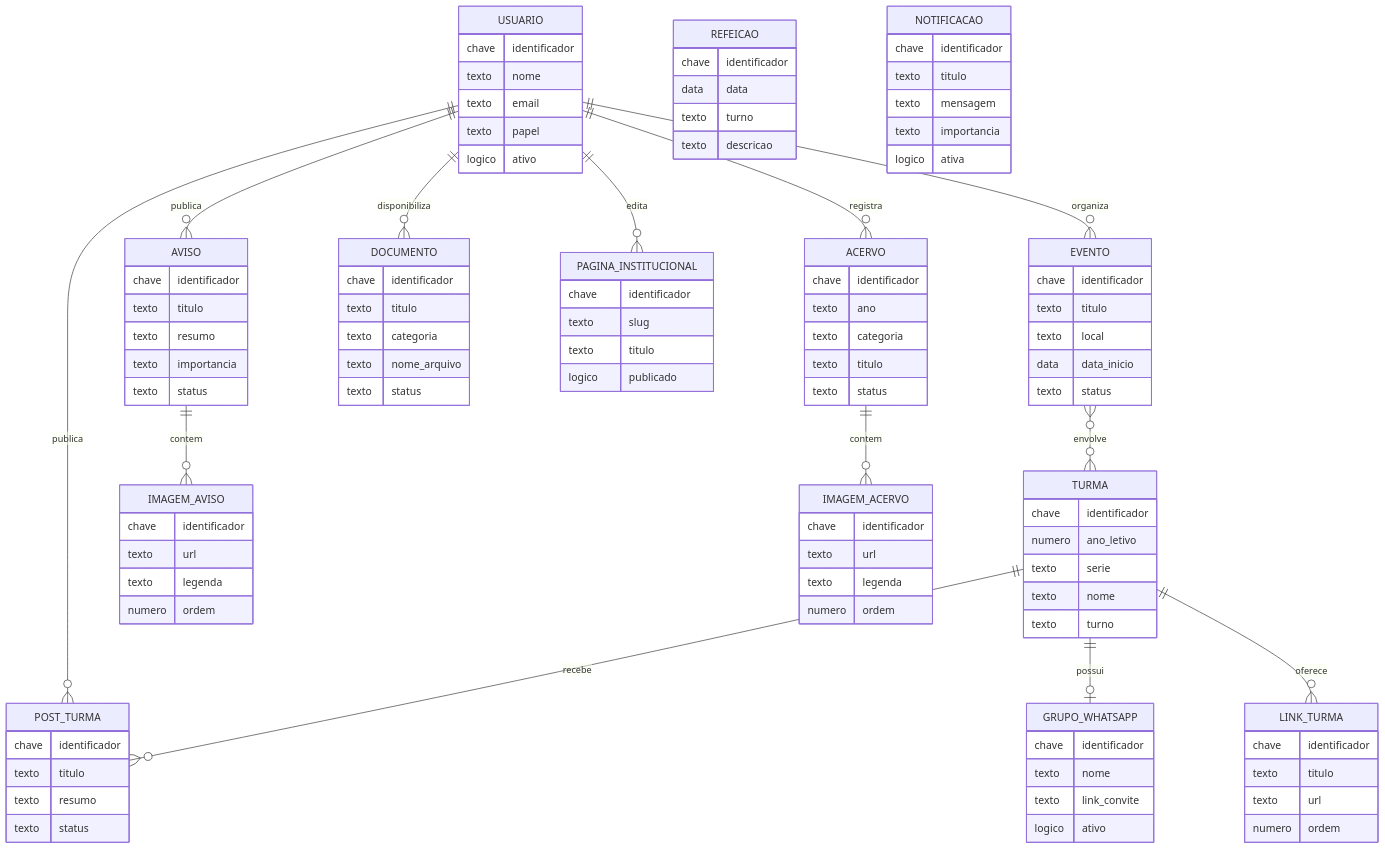
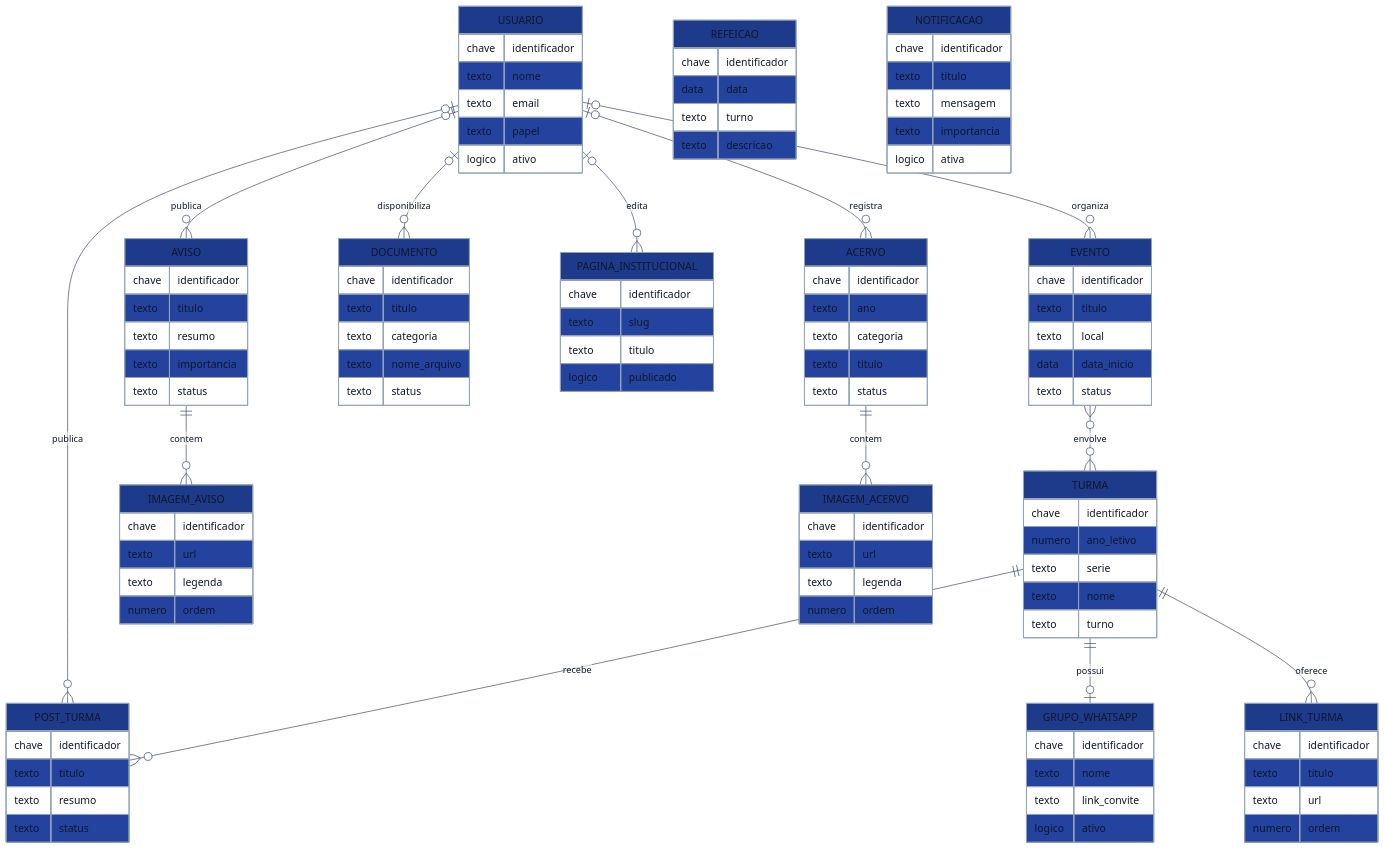
One commit to jefheee/a3-banco-dados-benonivio changed the diagram in 01_modelagem/der_conceitual.mmd. Above: the diagram before and after it, drawn with Mermaid. The commit also changed 19 other files, not shown here.

Commit message:
docs: add data dictionary, ER diagrams, presentation slides, and automation scripts

```diff
--- a/01_modelagem/der_conceitual.mmd
+++ b/01_modelagem/der_conceitual.mmd
@@ -1,121 +1,122 @@
+%%{init: {'theme': 'base', 'themeVariables': {'background': '#FFFFFF', 'primaryColor': '#1E3A8A', 'primaryTextColor': '#0F172A', 'primaryBorderColor': '#94A3B8', 'secondaryColor': '#F8FAFC', 'tertiaryColor': '#FFFFFF', 'lineColor': '#334155', 'textColor': '#0F172A', 'edgeLabelBackground': '#FFFFFF', 'fontFamily': 'Segoe UI, sans-serif'}}}%%
 erDiagram
     USUARIO {
         chave identificador
         texto nome
         texto email
         texto papel
         logico ativo
     }
 
     TURMA {
         chave identificador
         numero ano_letivo
         texto serie
         texto nome
         texto turno
     }
 
     GRUPO_WHATSAPP {
         chave identificador
         texto nome
         texto link_convite
         logico ativo
     }
 
     LINK_TURMA {
         chave identificador
         texto titulo
         texto url
         numero ordem
     }
 
     POST_TURMA {
         chave identificador
         texto titulo
         texto resumo
         texto status
     }
 
     AVISO {
         chave identificador
         texto titulo
         texto resumo
         texto importancia
         texto status
     }
 
     IMAGEM_AVISO {
         chave identificador
         texto url
         texto legenda
         numero ordem
     }
 
     ACERVO {
         chave identificador
         texto ano
         texto categoria
         texto titulo
         texto status
     }
 
     IMAGEM_ACERVO {
         chave identificador
         texto url
         texto legenda
         numero ordem
     }
 
     DOCUMENTO {
         chave identificador
         texto titulo
         texto categoria
         texto nome_arquivo
         texto status
     }
 
     PAGINA_INSTITUCIONAL {
         chave identificador
         texto slug
         texto titulo
         logico publicado
     }
 
     EVENTO {
         chave identificador
         texto titulo
         texto local
         data data_inicio
         texto status
     }
 
     REFEICAO {
         chave identificador
         data data
         texto turno
         texto descricao
     }
 
     NOTIFICACAO {
         chave identificador
         texto titulo
         texto mensagem
         texto importancia
         logico ativa
     }
 
-    USUARIO ||--o{ AVISO : "publica"
-    USUARIO ||--o{ ACERVO : "registra"
-    USUARIO ||--o{ DOCUMENTO : "disponibiliza"
-    USUARIO ||--o{ PAGINA_INSTITUCIONAL : "edita"
-    USUARIO ||--o{ POST_TURMA : "publica"
-    USUARIO ||--o{ EVENTO : "organiza"
+    USUARIO |o--o{ AVISO : "publica"
+    USUARIO |o--o{ ACERVO : "registra"
+    USUARIO |o--o{ DOCUMENTO : "disponibiliza"
+    USUARIO |o--o{ PAGINA_INSTITUCIONAL : "edita"
+    USUARIO |o--o{ POST_TURMA : "publica"
+    USUARIO |o--o{ EVENTO : "organiza"
 
     AVISO ||--o{ IMAGEM_AVISO : "contem"
     ACERVO ||--o{ IMAGEM_ACERVO : "contem"
 
     TURMA ||--o| GRUPO_WHATSAPP : "possui"
     TURMA ||--o{ LINK_TURMA : "oferece"
     TURMA ||--o{ POST_TURMA : "recebe"
 
     EVENTO }o--o{ TURMA : "envolve"
```
